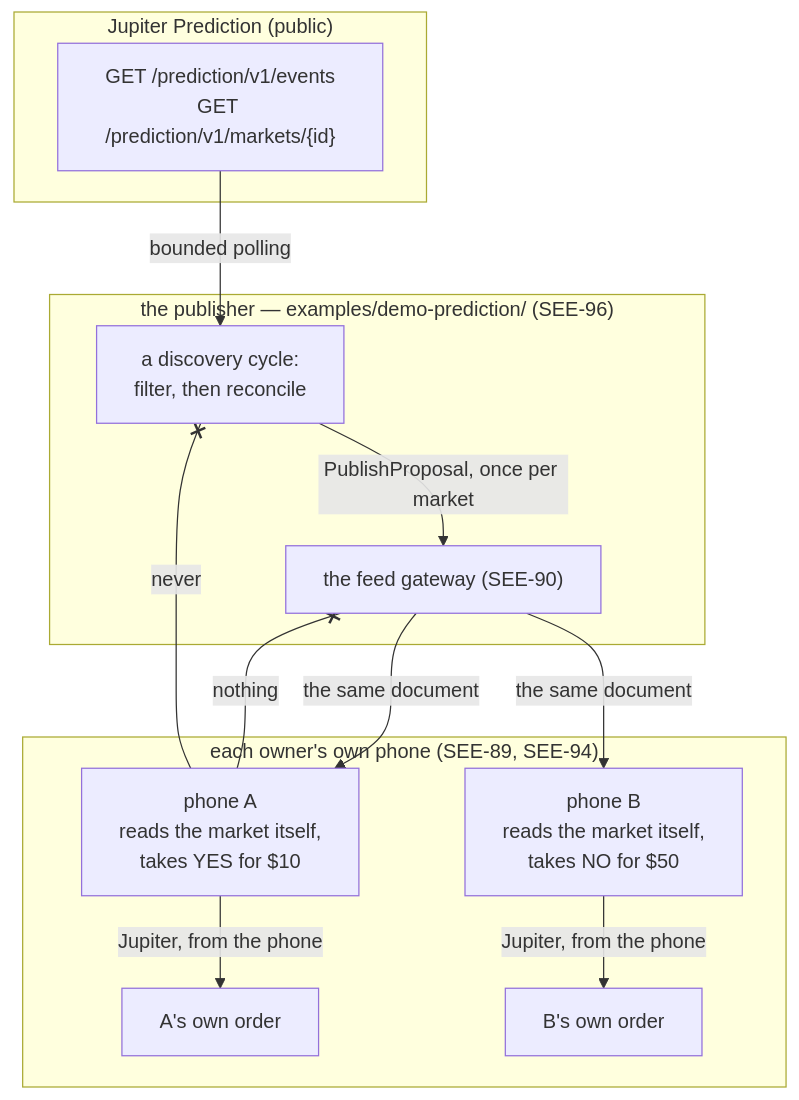
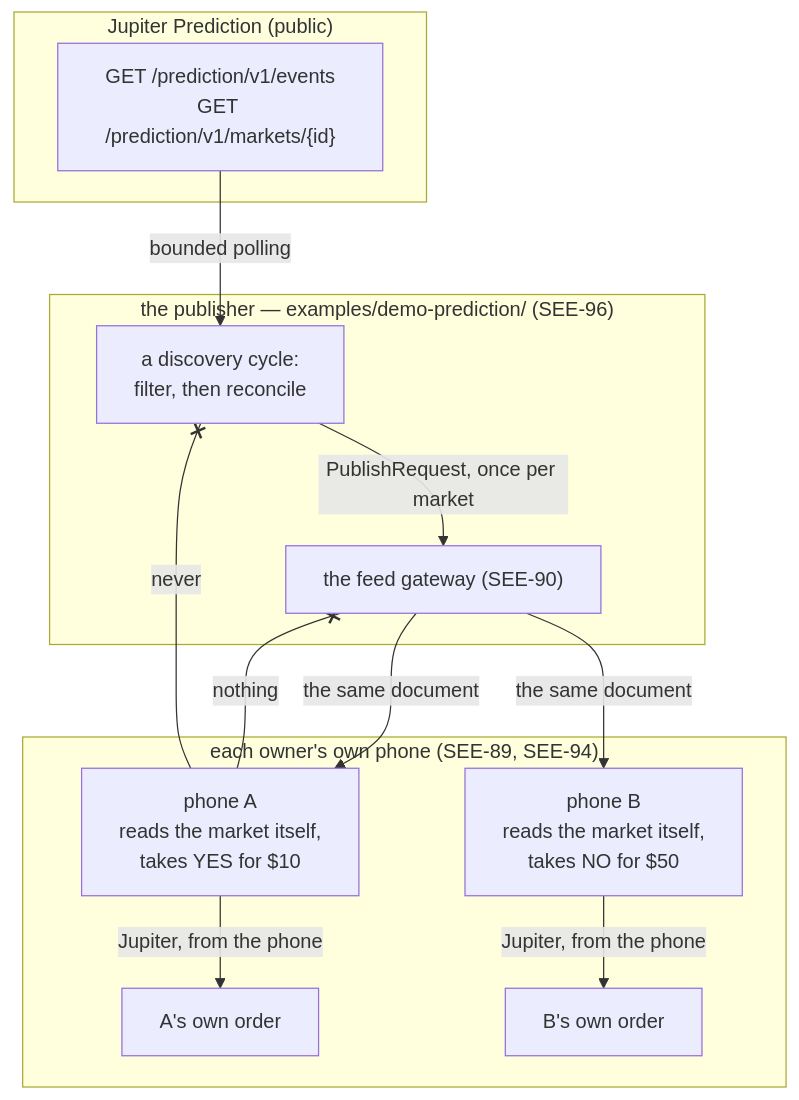
One commit to SeekerAgentConnect/sac changed the diagram in docs/wiki/prediction-template.md. Above: the diagram before and after it, drawn with Mermaid. The commit also changed other lines of this file and 378 other files, not shown here.

First line of the commit message:
feat: gateway-owned RPC and swap fee config; per-signal network, per-operation wallet, local preview (SEE-185) (#108)

````diff
--- a/docs/wiki/prediction-template.md
+++ b/docs/wiki/prediction-template.md
@@ -47,19 +47,19 @@
 ```mermaid
 flowchart TB
     subgraph provider["Jupiter Prediction (public)"]
         Listing["GET /prediction/v1/events<br>GET /prediction/v1/markets/{id}"]
     end
     subgraph publisher["the publisher — examples/demo-prediction/ (SEE-96)"]
         Listing -- "bounded polling" --> Cycle["a discovery cycle:<br>filter, then reconcile"]
-        Cycle -- "PublishProposal, once per market" --> Gateway
+        Cycle -- "PublishRequest, once per market" --> Gateway
     end
     Gateway["the feed gateway (SEE-90)"]
     subgraph phones["each owner's own phone (SEE-89, SEE-94)"]
         Gateway -- "the same document" --> A["phone A<br>reads the market itself,<br>takes YES for $10"]
         Gateway -- "the same document" --> B["phone B<br>reads the market itself,<br>takes NO for $50"]
         A -- "Jupiter, from the phone" --> OrderA["A's own order"]
         B -- "Jupiter, from the phone" --> OrderB["B's own order"]
     end
     A -- "nothing" --x Gateway
     A -- "never" --x Cycle
 ```
````
